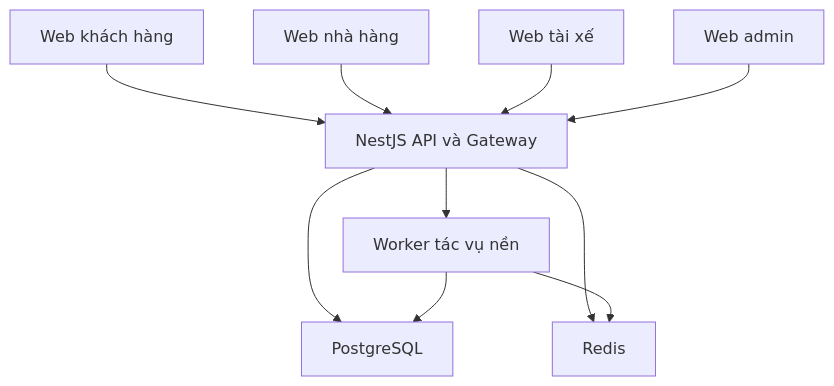
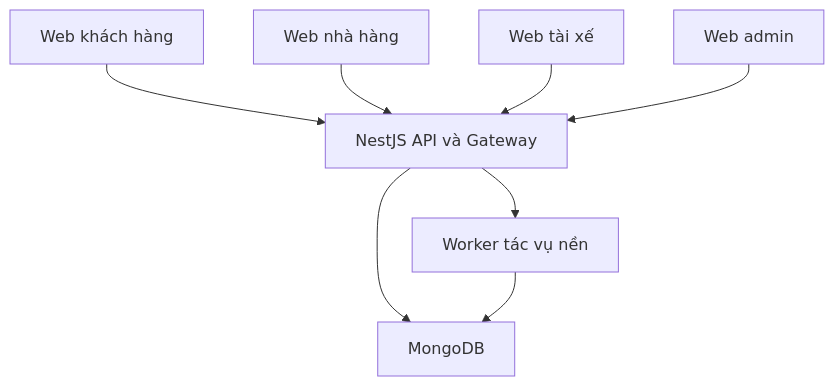
One commit to jtgg9389-ai/dat-va-giao-do-an changed the first of 3 diagrams in README.md. Above: the diagram before and after it, drawn with Mermaid. The commit also changed other lines of this file, not shown here.

Commit message:
Cập nhật README theo cơ sở dữ liệu MongoDB của FoodGo

````diff
--- a/README.md
+++ b/README.md
@@ -155,12 +156,10 @@
 ```mermaid
 flowchart TD
     C["Web khách hàng"] --> API["NestJS API và Gateway"]
     R["Web nhà hàng"] --> API
     D["Web tài xế"] --> API
     A["Web admin"] --> API
-    API --> DB["PostgreSQL"]
-    API --> CACHE["Redis"]
+    API --> DB["MongoDB"]
     API --> JOB["Worker tác vụ nền"]
     JOB --> DB
-    JOB --> CACHE
 ```
````
